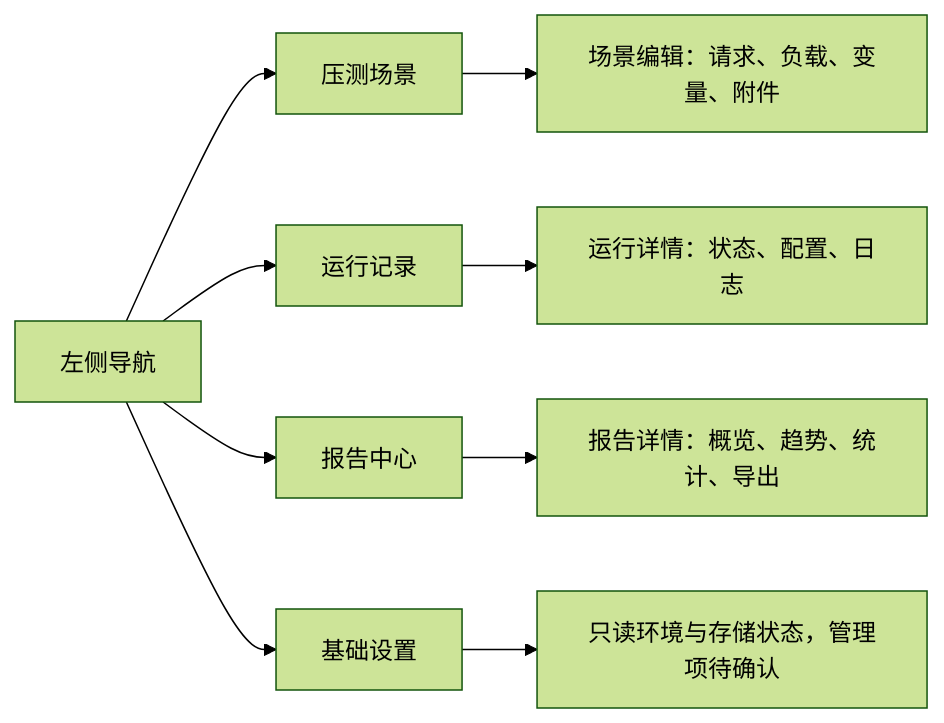
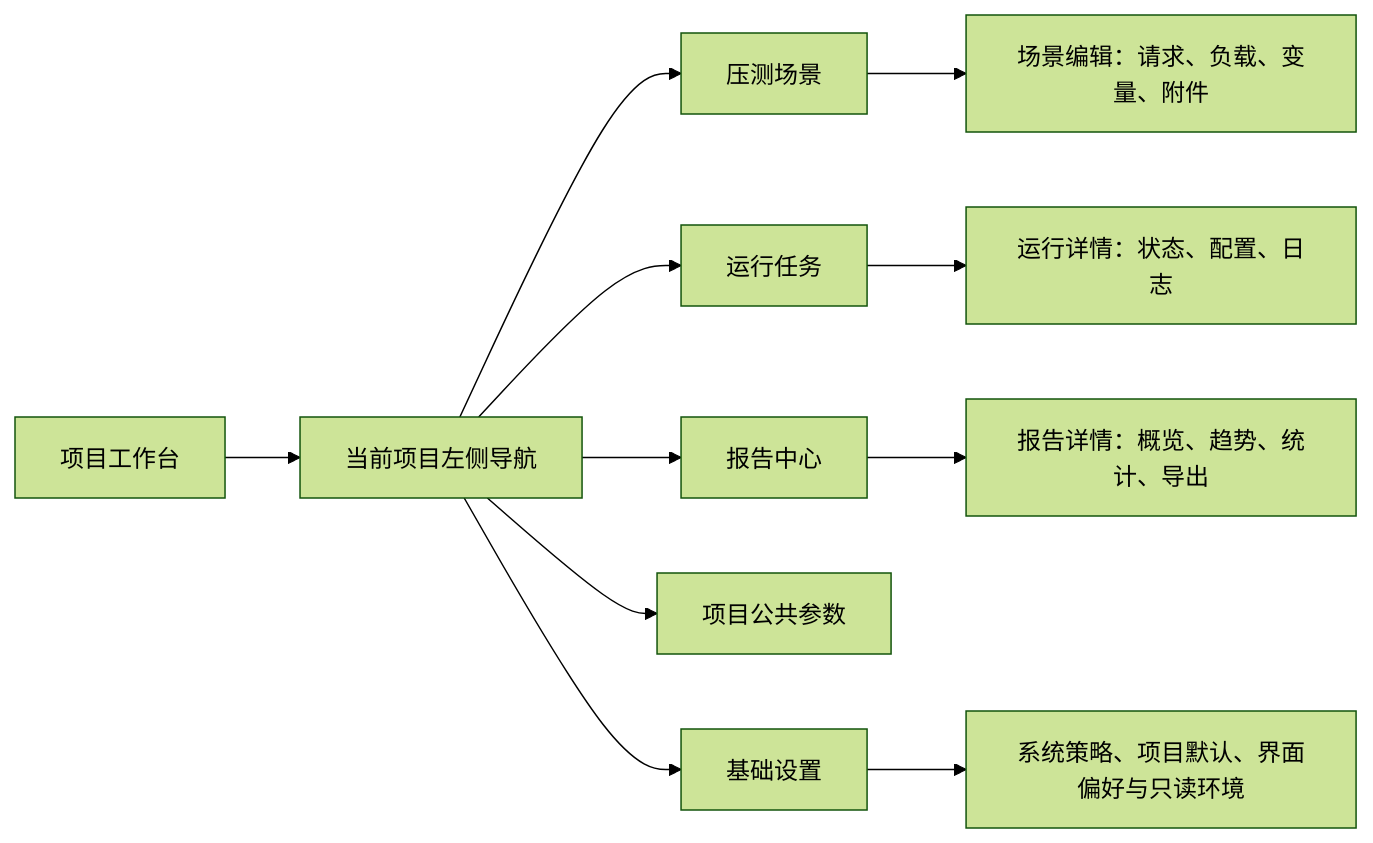
The first of 4 diagrams in 压测平台/规划/界面与交互规范.md (Honkey-y/docs), drawn with Mermaid (forest theme) before and after one commit. The commit also changed other lines of this file and 3 other files, not shown here.

````diff
--- a/压测平台/规划/界面与交互规范.md
+++ b/压测平台/规划/界面与交互规范.md
@@ -30,11 +30,13 @@
 ```mermaid
 flowchart LR
-  N[左侧导航] --> S[压测场景]
-  N --> R[运行记录]
+  W[项目工作台] --> N[当前项目左侧导航]
+  N --> S[压测场景]
+  N --> R[运行任务]
   N --> P[报告中心]
+  N --> U[项目公共参数]
   N --> C[基础设置]
   S --> E[场景编辑：请求、负载、变量、附件]
   R --> D[运行详情：状态、配置、日志]
   P --> G[报告详情：概览、趋势、统计、导出]
-  C --> I[只读环境与存储状态，管理项待确认]
+  C --> I[系统策略、项目默认、界面偏好与只读环境]
 ```
````
